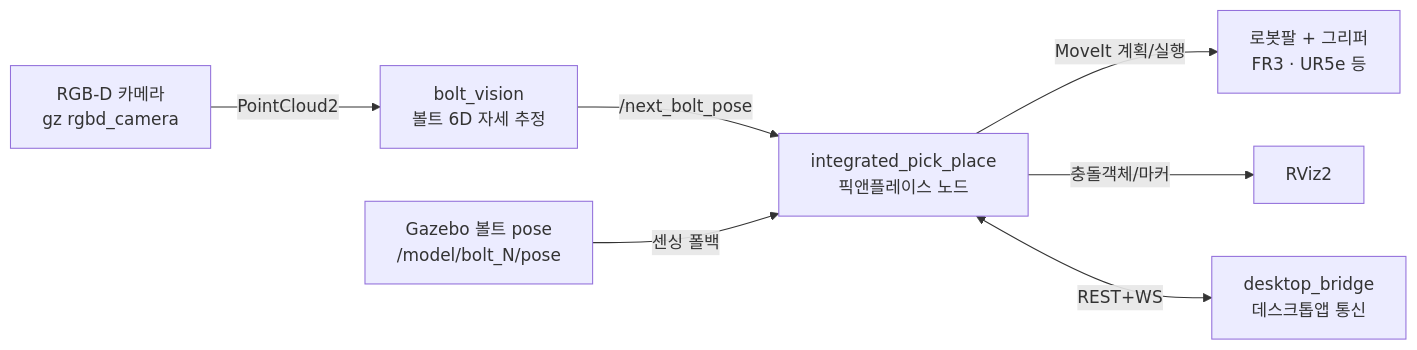
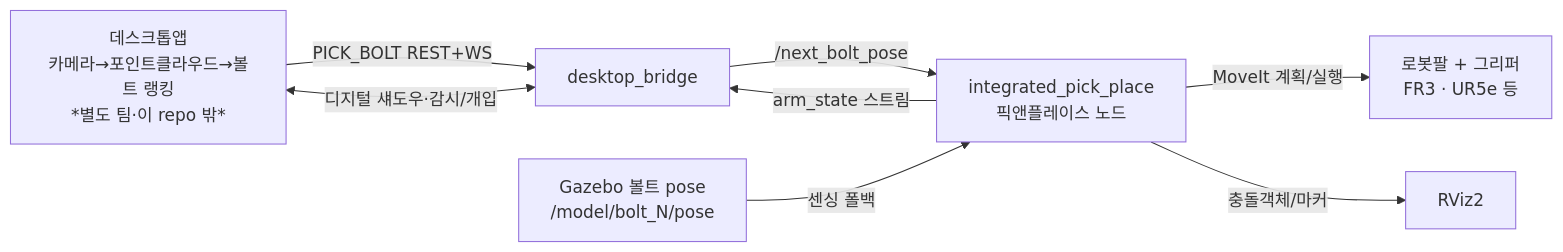
Before and after one commit to glory-legend/robot_arm: the diagram in README.md, drawn with Mermaid. The commit also changed other lines of this file and 16 other files, not shown here.

First line of the commit message:
refactor: 로봇쪽 테스트 비전/카메라 제거 — 인식은 데스크톱앱 몫

````diff
--- a/README.md
+++ b/README.md
@@ -16,9 +16,10 @@
 ```mermaid
 flowchart LR
-    CAM[RGB-D 카메라<br/>gz rgbd_camera] -->|PointCloud2| VIS[bolt_vision<br/>볼트 6D 자세 추정]
-    VIS -->|/next_bolt_pose| NODE[integrated_pick_place<br/>픽앤플레이스 노드]
+    DESK[데스크톱앱<br/>카메라→포인트클라우드→볼트 랭킹<br/>*별도 팀·이 repo 밖*] -->|PICK_BOLT REST+WS| BR[desktop_bridge]
+    BR -->|/next_bolt_pose| NODE[integrated_pick_place<br/>픽앤플레이스 노드]
     POSE[Gazebo 볼트 pose<br/>/model/bolt_N/pose] -->|센싱 폴백| NODE
     NODE -->|MoveIt 계획/실행| ARM[로봇팔 + 그리퍼<br/>FR3 · UR5e 등]
     NODE -->|충돌객체/마커| RVIZ[RViz2]
-    NODE <-->|REST+WS| DESK[desktop_bridge<br/>데스크톱앱 통신]
+    NODE -->|arm_state 스트림| BR
+    BR <-->|디지털 섀도우·감시/개입| DESK
 ```
````
